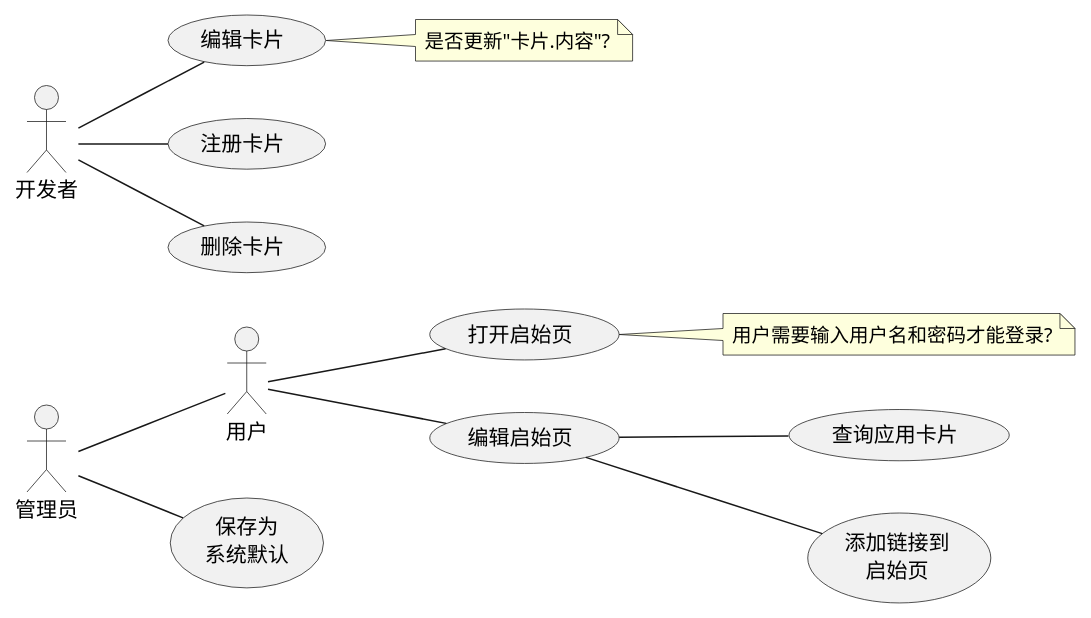
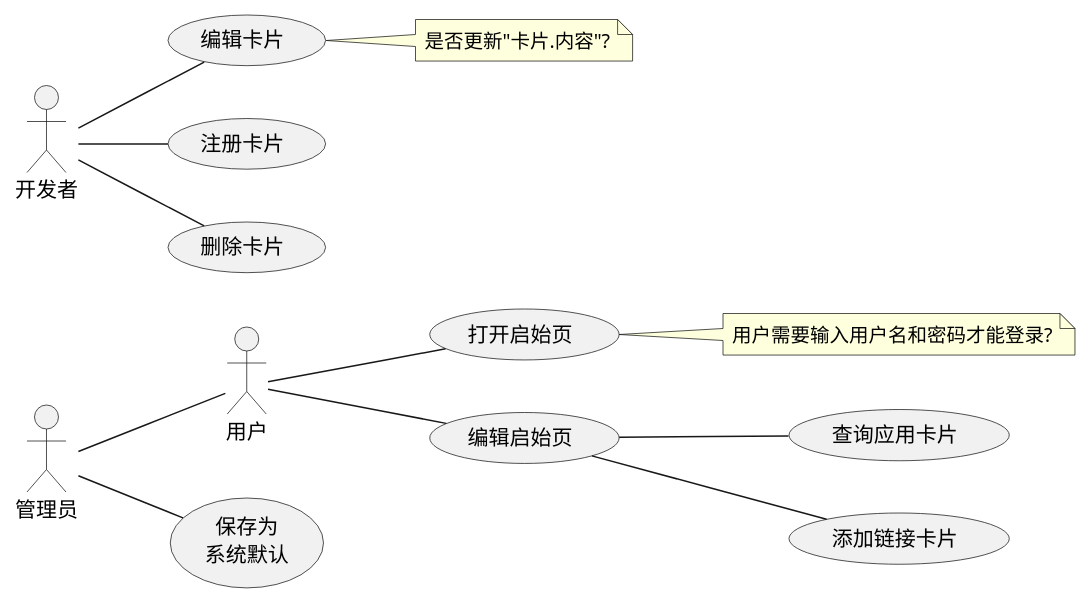
The diagram in app/domain/sys/xuml-card/usercase.puml (liuxd6825/dapr-go-ddd-sdk), drawn with PlantUML before and after one commit. The commit also changed 1 other file, not shown here.

```diff
--- a/app/domain/sys/xuml-card/usercase.puml
+++ b/app/domain/sys/xuml-card/usercase.puml
@@ -1,27 +1,27 @@
 @startuml
 left to right direction
 
 actor "用户" as  user
 actor "管理员" as admin
 actor "开发者" as dev
 
 usecase "打开启始页" as openPageUC
 usecase "编辑启始页" as editPageUC
 usecase "查询应用卡片" as findAppCard
-usecase "添加链接到\n启始页" as collect
+usecase "添加链接卡片" as collect
 
 user -- openPageUC
 user -- editPageUC
 editPageUC -- findAppCard
 editPageUC -- collect
 
 usecase "编辑卡片" as editCard
 dev -- (注册卡片)
 dev -- editCard
 dev -- (删除卡片)
 admin -- user
 admin -- (保存为\n系统默认)
 
 note right of editCard: 是否更新"卡片.内容"?
 note right of openPageUC: 用户需要输入用户名和密码才能登录?
 @enduml
```
